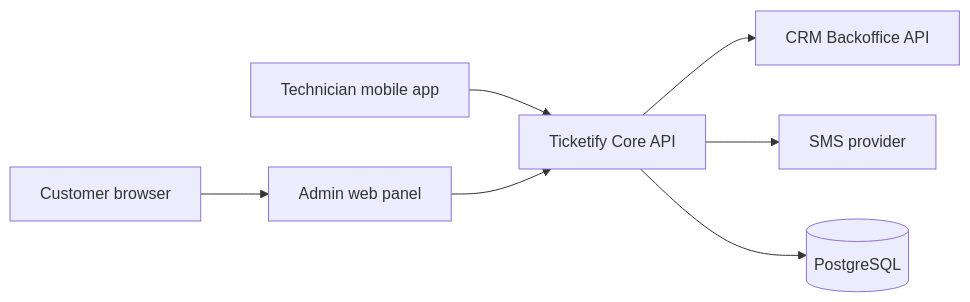
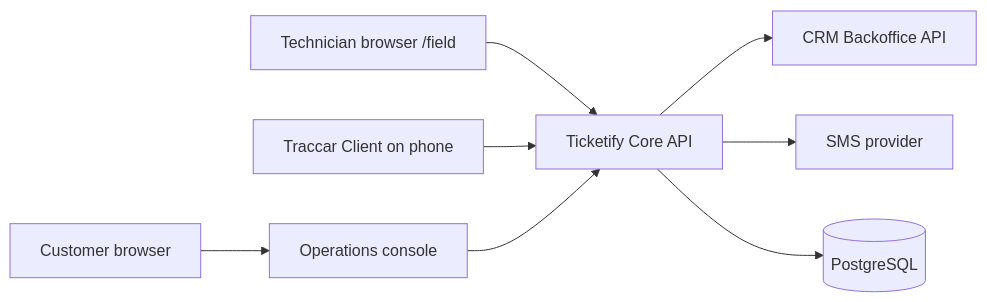
Before and after one commit to Roak-kenandy/ticketify: the diagram in docs/ARCHITECTURE.md, drawn with Mermaid. The commit also changed other lines of this file and 131 other files, not shown here.

First line of the commit message:
Merge the technician app into the admin panel and add Phase 2 inventory, INCA provisioning and motion-aware tracking.

````diff
--- a/docs/ARCHITECTURE.md
+++ b/docs/ARCHITECTURE.md
@@ -19,17 +19,19 @@
 ```mermaid
 flowchart LR
-  Tech[Technician mobile app]
-  Admin[Admin web panel]
+  Tech[Technician browser /field]
+  Traccar[Traccar Client on phone]
+  Admin[Operations console]
   Customer[Customer browser]
   API[Ticketify Core API]
   CRM[CRM Backoffice API]
   SMS[SMS provider]
   PG[(PostgreSQL)]
 
   Tech --> API
+  Traccar --> API
   Admin --> API
   Customer --> Admin
   API --> CRM
   API --> SMS
   API --> PG
 ```
````
